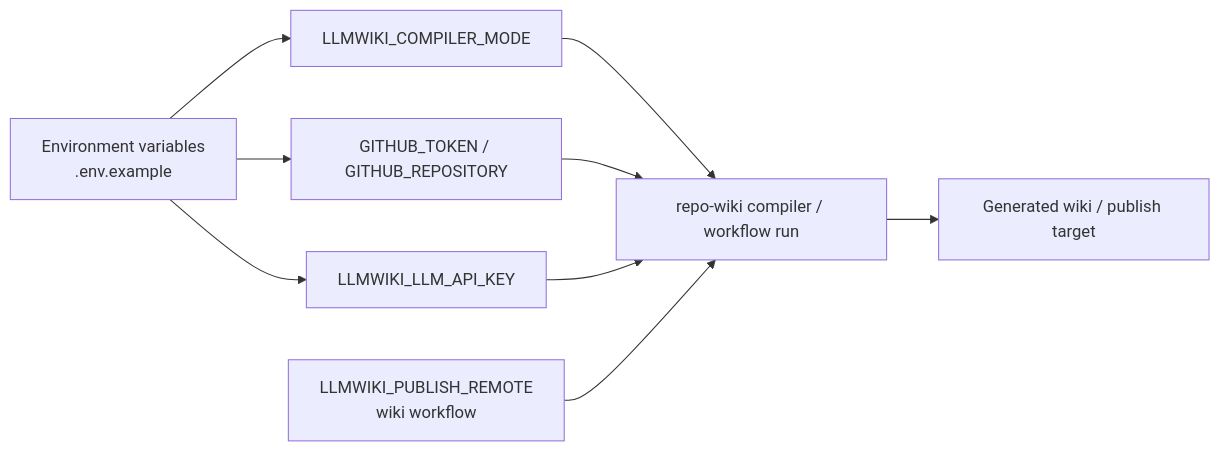
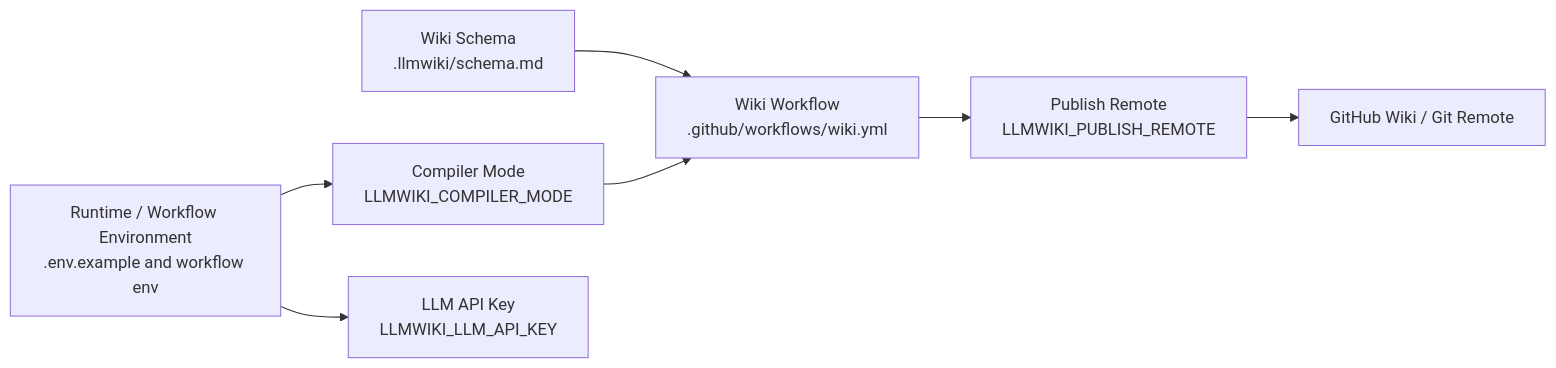
The third of 4 diagrams in Architecture.md (mfittko/repo-wiki), drawn with Mermaid before and after one commit. The commit also changed other lines of this file and 46 other files, not shown here.

Commit message:
Compile repository wiki 2026-06-13T09:19:47.014Z

````diff
--- a/Architecture.md
+++ b/Architecture.md
@@ -208,19 +151,17 @@
 ```mermaid
 flowchart LR
-    Env["Environment variables\n.env.example"]
-    Mode["LLMWIKI_COMPILER_MODE"]
-    GitHubAuth["GITHUB_TOKEN / GITHUB_REPOSITORY"]
-    LLMKey["LLMWIKI_LLM_API_KEY"]
-    PublishRemote["LLMWIKI_PUBLISH_REMOTE\nwiki workflow"]
-    Compiler["repo-wiki compiler / workflow run"]
-    Output["Generated wiki / publish target"]
+  Env["Runtime / Workflow Environment\n.env.example and workflow env"]
+  CompilerMode["Compiler Mode\nLLMWIKI_COMPILER_MODE"]
+  WikiSchema["Wiki Schema\n.llmwiki/schema.md"]
+  WikiWorkflow["Wiki Workflow\n.github/workflows/wiki.yml"]
+  PublishRemote["Publish Remote\nLLMWIKI_PUBLISH_REMOTE"]
+  GitHubWiki["GitHub Wiki / Git Remote"]
+  LLMKey["LLM API Key\nLLMWIKI_LLM_API_KEY"]
 
-    Env --> Mode
-    Env --> GitHubAuth
-    Env --> LLMKey
-    Mode --> Compiler
-    GitHubAuth --> Compiler
-    LLMKey --> Compiler
-    PublishRemote --> Compiler
-    Compiler --> Output
+  Env --> CompilerMode
+  Env --> LLMKey
+  WikiSchema --> WikiWorkflow
+  CompilerMode --> WikiWorkflow
+  WikiWorkflow --> PublishRemote
+  PublishRemote --> GitHubWiki
 ```
````
